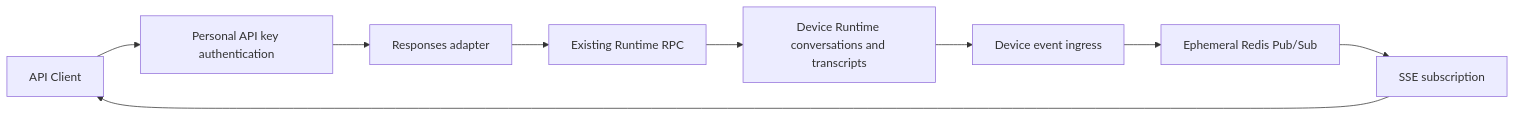
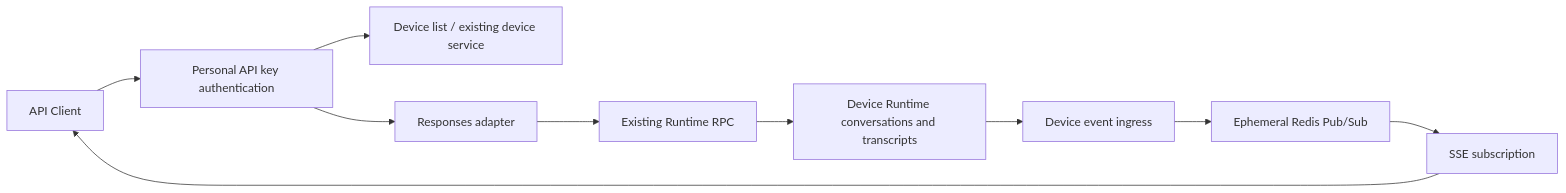
One commit to wecode-ai/Wegent changed the diagram in docs/en/wework/api.md. Above: the diagram before and after it, drawn with Mermaid. The commit also changed other lines of this file and 4 other files, not shown here.

Commit message:
feat(backend): expose Wework API device list

````diff
--- a/docs/en/wework/api.md
+++ b/docs/en/wework/api.md
@@ -86,11 +104,12 @@
 ```mermaid
 flowchart LR
     Client[API Client] --> Auth[Personal API key authentication]
+    Auth --> Devices[Device list / existing device service]
     Auth --> Adapter[Responses adapter]
     Adapter --> RPC[Existing Runtime RPC]
     RPC --> Runtime[Device Runtime conversations and transcripts]
     Runtime --> Relay[Device event ingress]
     Relay --> PubSub[Ephemeral Redis Pub/Sub]
     PubSub --> SSE[SSE subscription]
     SSE --> Client
 ```
````
